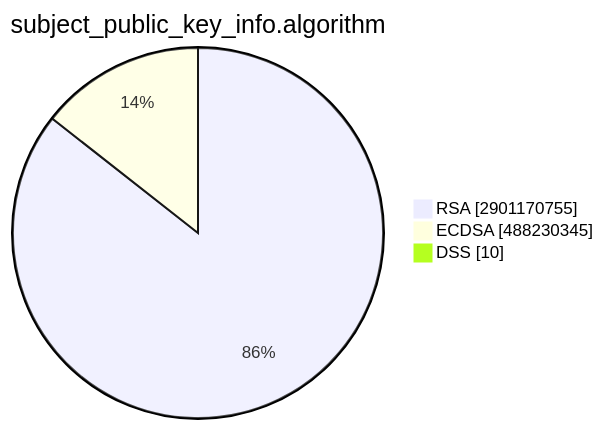
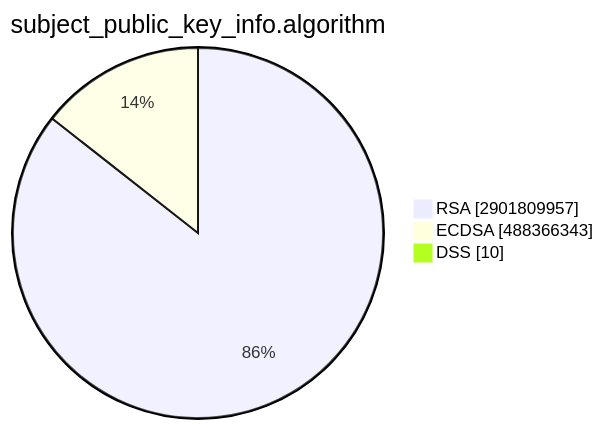
One commit to christiankrug/ctmonitor_visualization changed the second of 15 diagrams in TOTAL/README.md. Above: the diagram before and after it, drawn with Mermaid. The commit also changed other lines of this file, not shown here.

````diff
--- a/TOTAL/README.md
+++ b/TOTAL/README.md
@@ -6,7 +6,7 @@
 ```mermaid
 pie showData
 title subject_public_key_info.algorithm
-"RSA" :2901170755
-"ECDSA" :488230345
+"RSA" :2901809957
+"ECDSA" :488366343
 "DSS" :10
 ```
````
